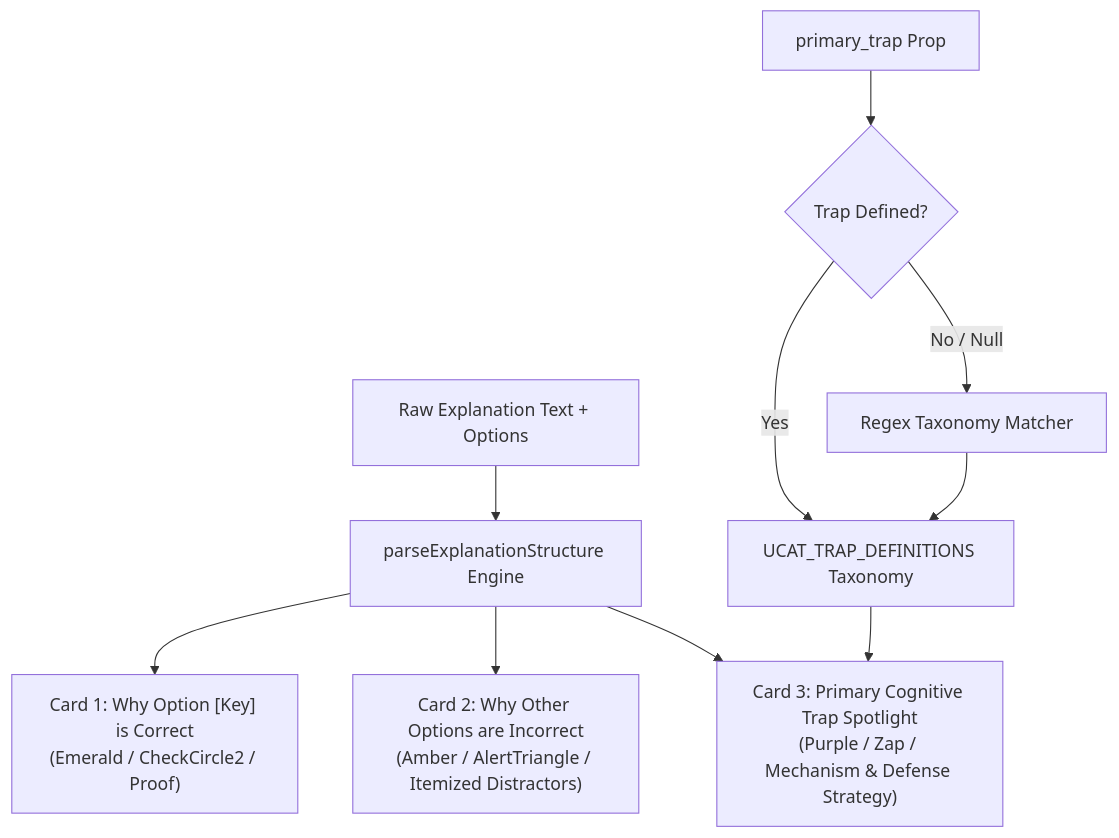
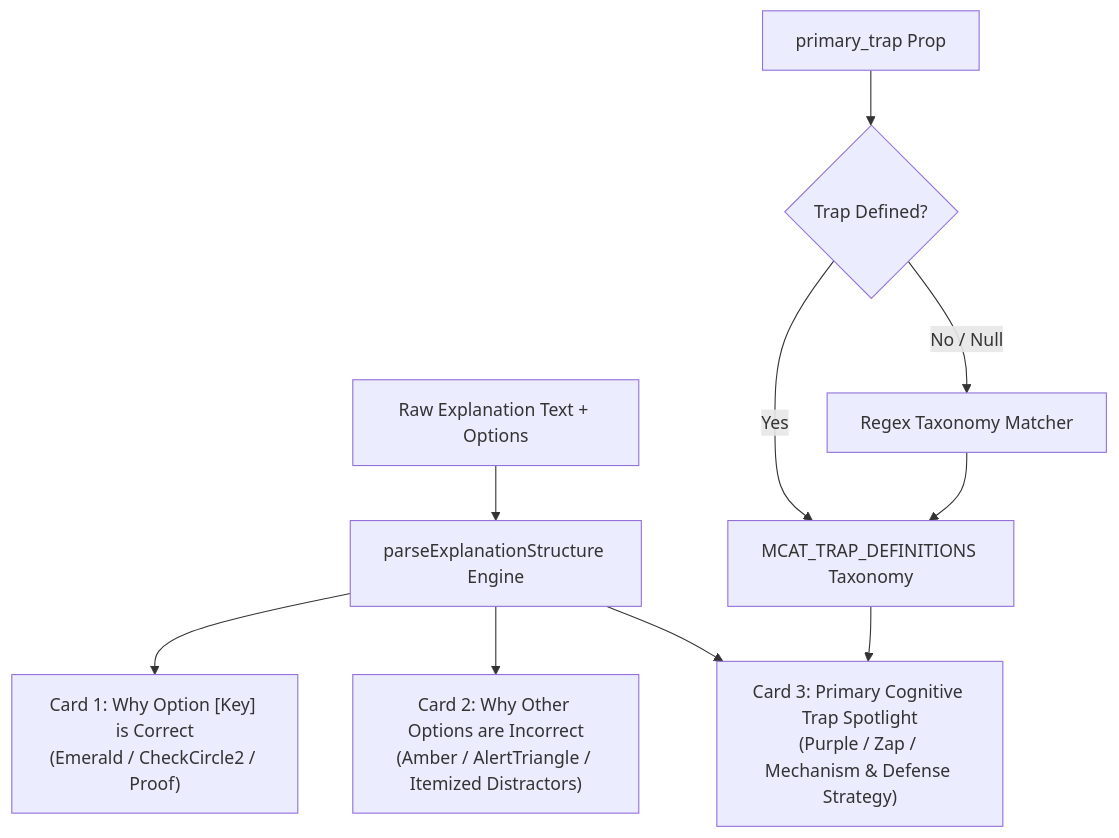
One commit to VishwamPatel-Infynno/MCAT-Question-Bank-Generator changed the sixth of 6 diagrams in docs/ARCHITECTURE.md. Above: the diagram before and after it, drawn with Mermaid. The commit also changed other lines of this file and 69 other files, not shown here.

First line of the commit message:
feat(mcat): transition to official AAMC MCAT standard with fixed 5-question batches and binary passage architecture

````diff
--- a/docs/ARCHITECTURE.md
+++ b/docs/ARCHITECTURE.md
@@ -359,13 +359,13 @@
 ```mermaid
 graph TD
     Raw[Raw Explanation Text + Options] --> Parser[parseExplanationStructure Engine]
     TrapProp[primary_trap Prop] --> Resolver{Trap Defined?}
-    Resolver -->|Yes| Taxonomy[UCAT_TRAP_DEFINITIONS Taxonomy]
+    Resolver -->|Yes| Taxonomy[MCAT_TRAP_DEFINITIONS Taxonomy]
     Resolver -->|No / Null| AutoDetect[Regex Taxonomy Matcher]
     AutoDetect --> Taxonomy
     
     Parser --> Card1["Card 1: Why Option [Key] is Correct<br>(Emerald / CheckCircle2 / Proof)"]
     Parser --> Card2["Card 2: Why Other Options are Incorrect<br>(Amber / AlertTriangle / Itemized Distractors)"]
     Parser --> Card3["Card 3: Primary Cognitive Trap Spotlight<br>(Purple / Zap / Mechanism & Defense Strategy)"]
     Taxonomy --> Card3
 ```
````
